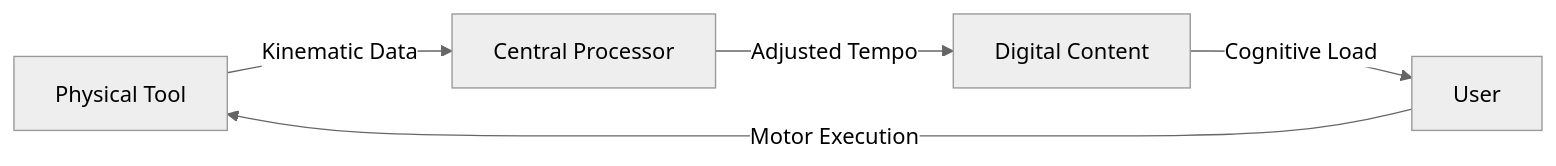
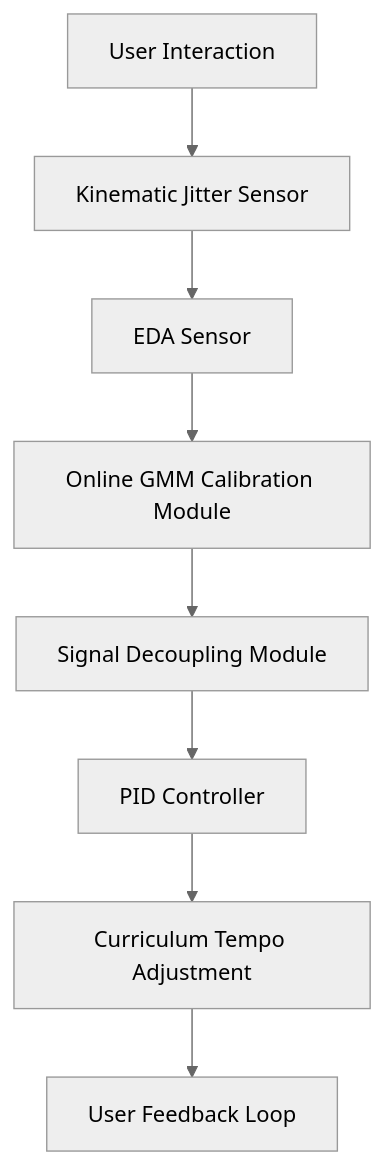
One commit to shawnhvac/agentworld-prior-art changed the diagram in inventions/inv_haptic_adaptive_curriculum_looping_5588a.md. Above: the diagram before and after it, drawn with Mermaid (neutral theme). The commit also changed other lines of this file and 160 other files, not shown here.

````diff
--- a/inventions/inv_haptic_adaptive_curriculum_looping_5588a.md
+++ b/inventions/inv_haptic_adaptive_curriculum_looping_5588a.md
@@ -43,7 +47,10 @@
 ```mermaid
-graph LR
-  A[Physical Tool] -->|Kinematic Data| B[Central Processor]
-  B -->|Adjusted Tempo| C[Digital Content]
-  C -->|Cognitive Load| D[User]
-  D -->|Motor Execution| A
+graph TD
+A[User Interaction] --> B[Kinematic Jitter Sensor]
+B --> C[EDA Sensor]
+C --> D[Online GMM Calibration Module]
+D --> E[Signal Decoupling Module]
+E --> F[PID Controller]
+F --> G[Curriculum Tempo Adjustment]
+G --> H[User Feedback Loop]
 ```
````
